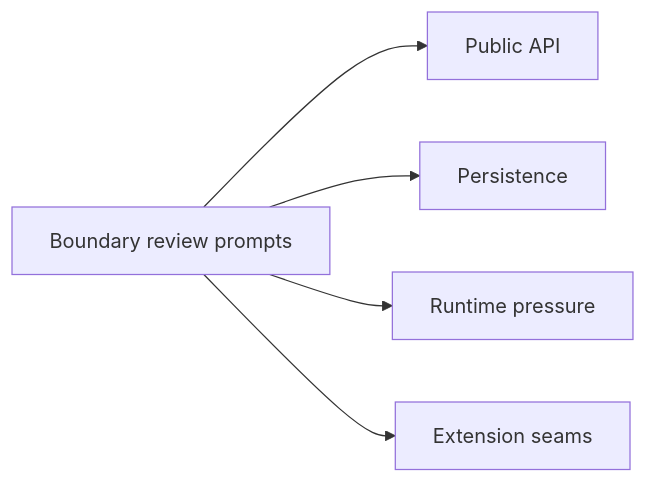
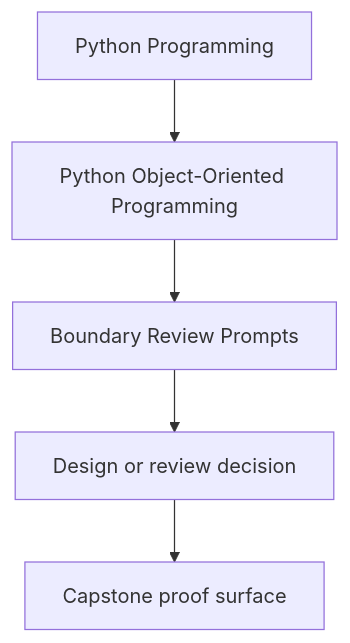
The first of 2 diagrams in programs/python-programming/python-object-oriented-programming/course-book/reference/boundary-review-prompts.md (bijux/bijux-masterclass), drawn with Mermaid before and after one commit. The commit also changed other lines of this file and 23 other files, not shown here.

Commit message:
docs(python-object-oriented-programming): sharpen guide and reference diagrams

````diff
--- a/programs/python-programming/python-object-oriented-programming/course-book/reference/boundary-review-prompts.md
+++ b/programs/python-programming/python-object-oriented-programming/course-book/reference/boundary-review-prompts.md
@@ -7,13 +7,7 @@
 ```mermaid
-graph LR
-  prompts["Boundary review prompts"]
-  api["Public API"]
-  persistence["Persistence"]
-  runtime["Runtime pressure"]
-  extension["Extension seams"]
-
-  prompts --> api
-  prompts --> persistence
-  prompts --> runtime
-  prompts --> extension
+flowchart TD
+  family["Python Programming"] --> program["Python Object-Oriented Programming"]
+  program --> reference["Boundary Review Prompts"]
+  reference --> review["Design or review decision"]
+  review --> capstone["Capstone proof surface"]
 ```
````
